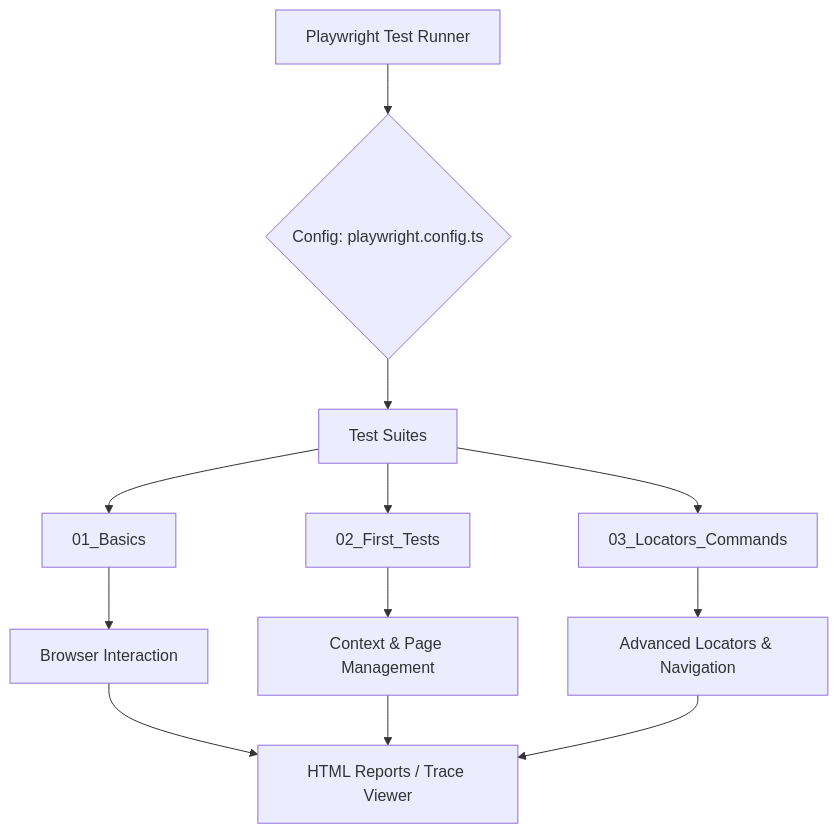
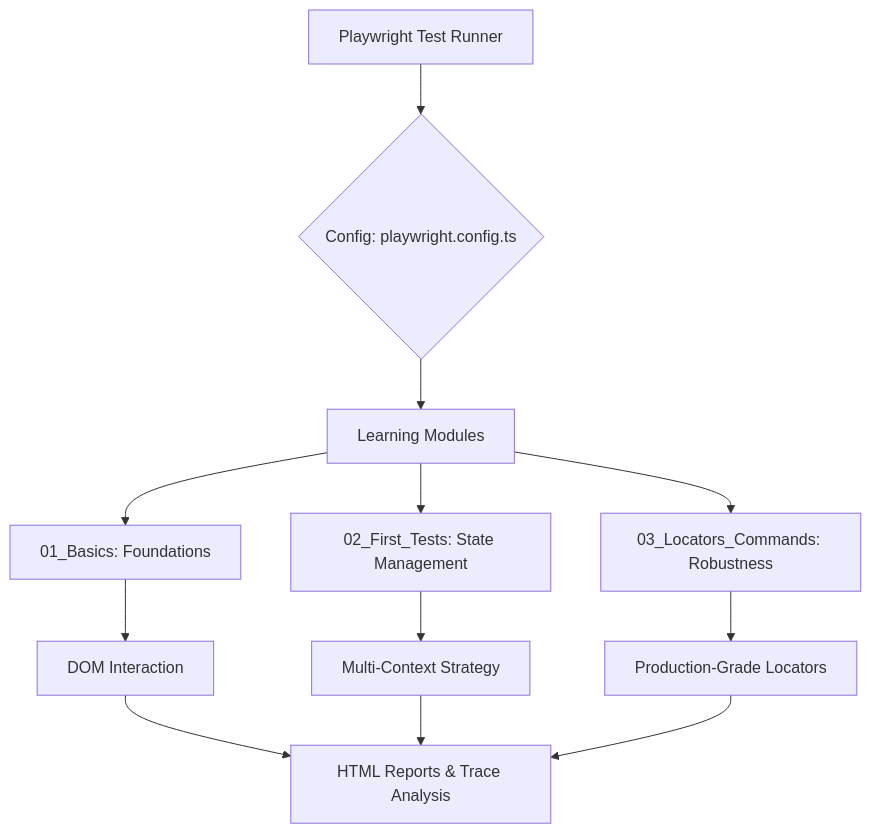
Before and after one commit to SathishQASelenium/LearningPlaywrightFundamentals: the diagram in README.md, drawn with Mermaid. The commit also changed other lines of this file, not shown here.

First line of the commit message:
Refine README to reflect a learning journey.

````diff
--- a/README.md
+++ b/README.md
@@ -17,12 +38,12 @@
 ```mermaid
 graph TD
     A[Playwright Test Runner] --> B{Config: playwright.config.ts}
-    B --> C[Test Suites]
-    C --> D[01_Basics]
-    C --> E[02_First_Tests]
-    C --> F[03_Locators_Commands]
-    D --> G[Browser Interaction]
-    E --> H[Context & Page Management]
-    F --> I[Advanced Locators & Navigation]
-    G & H & I --> J[HTML Reports / Trace Viewer]
+    B --> C[Learning Modules]
+    C --> D[01_Basics: Foundations]
+    C --> E[02_First_Tests: State Management]
+    C --> F[03_Locators_Commands: Robustness]
+    D --> G[DOM Interaction]
+    E --> H[Multi-Context Strategy]
+    F --> I[Production-Grade Locators]
+    G & H & I --> J[HTML Reports & Trace Analysis]
 ```
````
